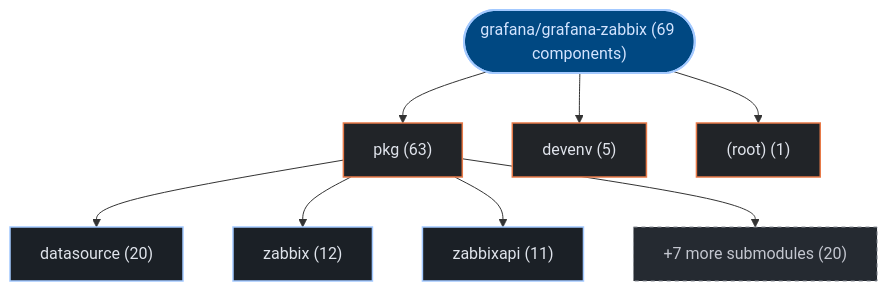
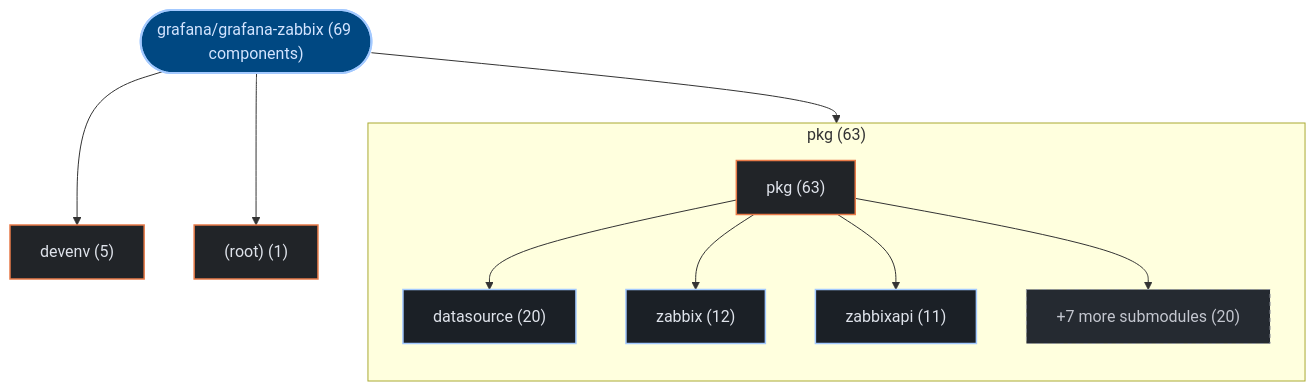
The first of 3 diagrams in exports/latest/reports/grafana-grafana-zabbix-report.md (kumarshaz/atruss-code-atlas), drawn with Mermaid before and after one commit. The commit also changed 178 other files, not shown here.

Commit message:
feat(ui,mermaid): upgrade to mermaid v12 + ELK layout, add orgs-summary + pagination, subgraph building blocks, fix tab alignment

````diff
--- a/exports/latest/reports/grafana-grafana-zabbix-report.md
+++ b/exports/latest/reports/grafana-grafana-zabbix-report.md
@@ -42,25 +42,28 @@
 ```mermaid
 graph TD;
   classDef atlasRoot fill:#004882,stroke:#a3c9ff,stroke-width:2px,color:#d3e4ff
   classDef atlasCategory fill:#212428,stroke:#E87A48,stroke-width:1.5px,color:#dfe3eb
   classDef atlasWorkflow fill:#1b2026,stroke:#a3c9ff,stroke-width:1.5px,color:#dfe3eb
   classDef atlasJob fill:#171c22,stroke:#8d9199,stroke-width:1px,color:#dfe3eb
   classDef atlasTarget fill:#005227,stroke:#8bd99b,stroke-width:1.5px,color:#a7f6b6
   classDef atlasAlert fill:#93000a,stroke:#ffb4ab,stroke-width:1.5px,color:#ffdad6
   classDef atlasMore fill:#252a31,stroke:#8d9199,stroke-dasharray:4 4,color:#c3c6cf
     repo_root(["grafana/grafana-zabbix (69 components)"]):::atlasRoot
-    dir_0_pkg["pkg (63)"]:::atlasCategory
+    subgraph sg_dir_0_pkg["pkg (63)"]
+      direction TB
+      dir_0_pkg["pkg (63)"]:::atlasCategory
+      sub_0_0_datasource["datasource (20)"]:::atlasWorkflow
+      dir_0_pkg --> sub_0_0_datasource
+      sub_0_1_zabbix["zabbix (12)"]:::atlasWorkflow
+      dir_0_pkg --> sub_0_1_zabbix
+      sub_0_2_zabbixapi["zabbixapi (11)"]:::atlasWorkflow
+      dir_0_pkg --> sub_0_2_zabbixapi
+      sub_0_more["+7 more submodules (20)"]:::atlasMore
+      dir_0_pkg --> sub_0_more
+    end
     repo_root --> dir_0_pkg
-    sub_0_0_datasource["datasource (20)"]:::atlasWorkflow
-    dir_0_pkg --> sub_0_0_datasource
-    sub_0_1_zabbix["zabbix (12)"]:::atlasWorkflow
-    dir_0_pkg --> sub_0_1_zabbix
-    sub_0_2_zabbixapi["zabbixapi (11)"]:::atlasWorkflow
-    dir_0_pkg --> sub_0_2_zabbixapi
-    sub_0_more["+7 more submodules (20)"]:::atlasMore
-    dir_0_pkg --> sub_0_more
     dir_1_devenv["devenv (5)"]:::atlasCategory
     repo_root --> dir_1_devenv
     dir_2__root_["(root) (1)"]:::atlasCategory
     repo_root --> dir_2__root_
 ```
````
